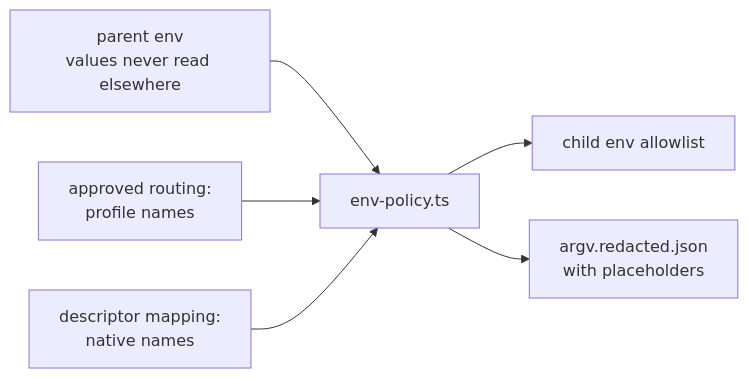
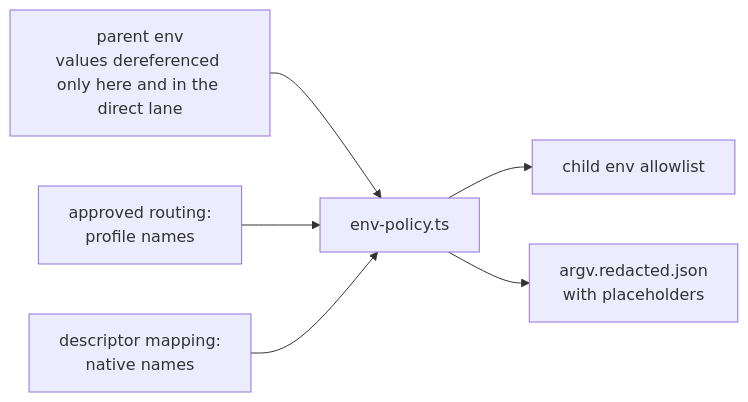
One commit to Qither/keel changed the diagram in docs/10-providers.md. Above: the diagram before and after it, drawn with Mermaid. The commit also changed other lines of this file and 23 other files, not shown here.

````diff
--- a/docs/10-providers.md
+++ b/docs/10-providers.md
@@ -146,8 +146,8 @@
 ```mermaid
 flowchart LR
-  P[parent env<br/>values never read elsewhere] --> A[env-policy.ts]
+  P[parent env<br/>values dereferenced only here and in the direct lane] --> A[env-policy.ts]
   S[approved routing:<br/>profile names] --> A
   D[descriptor mapping:<br/>native names] --> A
   A --> C[child env allowlist]
   A --> R[argv.redacted.json<br/>with placeholders]
 ```
````
